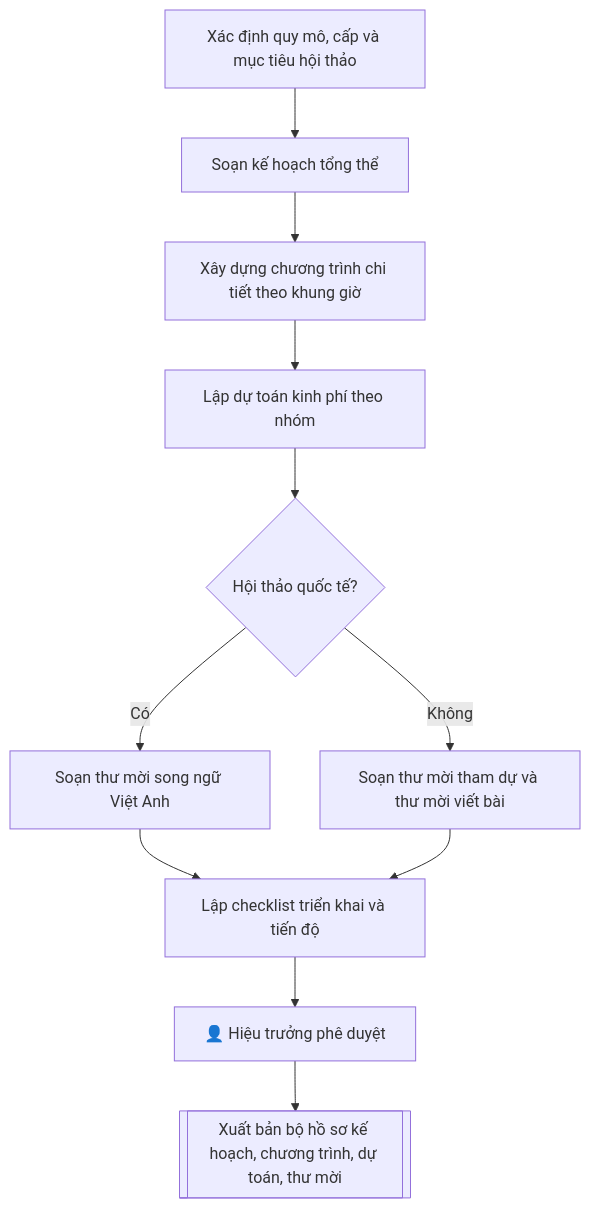
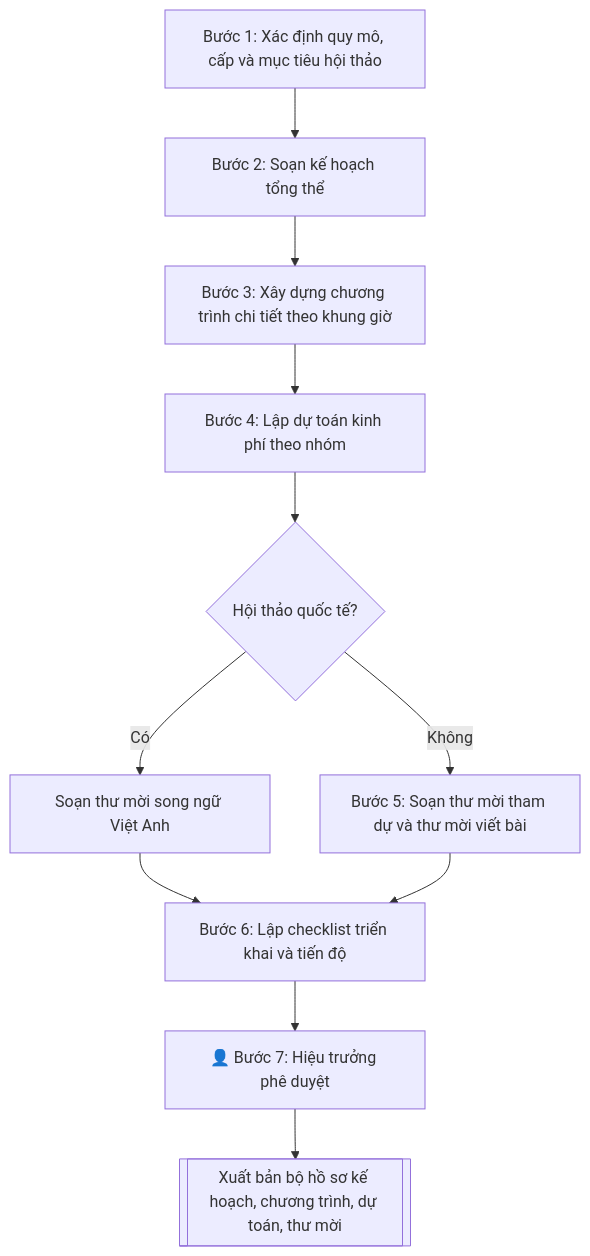
Before and after one commit to phamtruong91/dh-skills: the diagram in skills/ke-hoach-hoi-thao-khoa-hoc/SKILL.md, drawn with Mermaid. The commit also changed 124 other files, not shown here.

First line of the commit message:
Khôi phục quy trình đầy đủ cho 58 skill bị rút gọn (nghiệp vụ gốc + ràng buộc pháp lý từ phap-ly.md)

````diff
--- a/skills/ke-hoach-hoi-thao-khoa-hoc/SKILL.md
+++ b/skills/ke-hoach-hoi-thao-khoa-hoc/SKILL.md
@@ -95,13 +95,13 @@
 ```mermaid
 flowchart TD
-    A["Xác định quy mô, cấp và mục tiêu hội thảo"] --> B["Soạn kế hoạch tổng thể"]
-    B --> C["Xây dựng chương trình chi tiết theo khung giờ"]
-    C --> D["Lập dự toán kinh phí theo nhóm"]
+    A["Bước 1: Xác định quy mô, cấp và mục tiêu hội thảo"] --> B["Bước 2: Soạn kế hoạch tổng thể"]
+    B --> C["Bước 3: Xây dựng chương trình chi tiết theo khung giờ"]
+    C --> D["Bước 4: Lập dự toán kinh phí theo nhóm"]
     D --> E{"Hội thảo quốc tế?"}
     E -->|Có| F["Soạn thư mời song ngữ Việt Anh"]
-    E -->|Không| G["Soạn thư mời tham dự và thư mời viết bài"]
-    F --> H["Lập checklist triển khai và tiến độ"]
+    E -->|Không| G["Bước 5: Soạn thư mời tham dự và thư mời viết bài"]
+    F --> H["Bước 6: Lập checklist triển khai và tiến độ"]
     G --> H
-    H --> HG["👤 Hiệu trưởng phê duyệt"]
+    H --> HG["👤 Bước 7: Hiệu trưởng phê duyệt"]
     HG --> Z[["Xuất bản bộ hồ sơ kế hoạch, chương trình, dự toán, thư mời"]]
 ```
````
